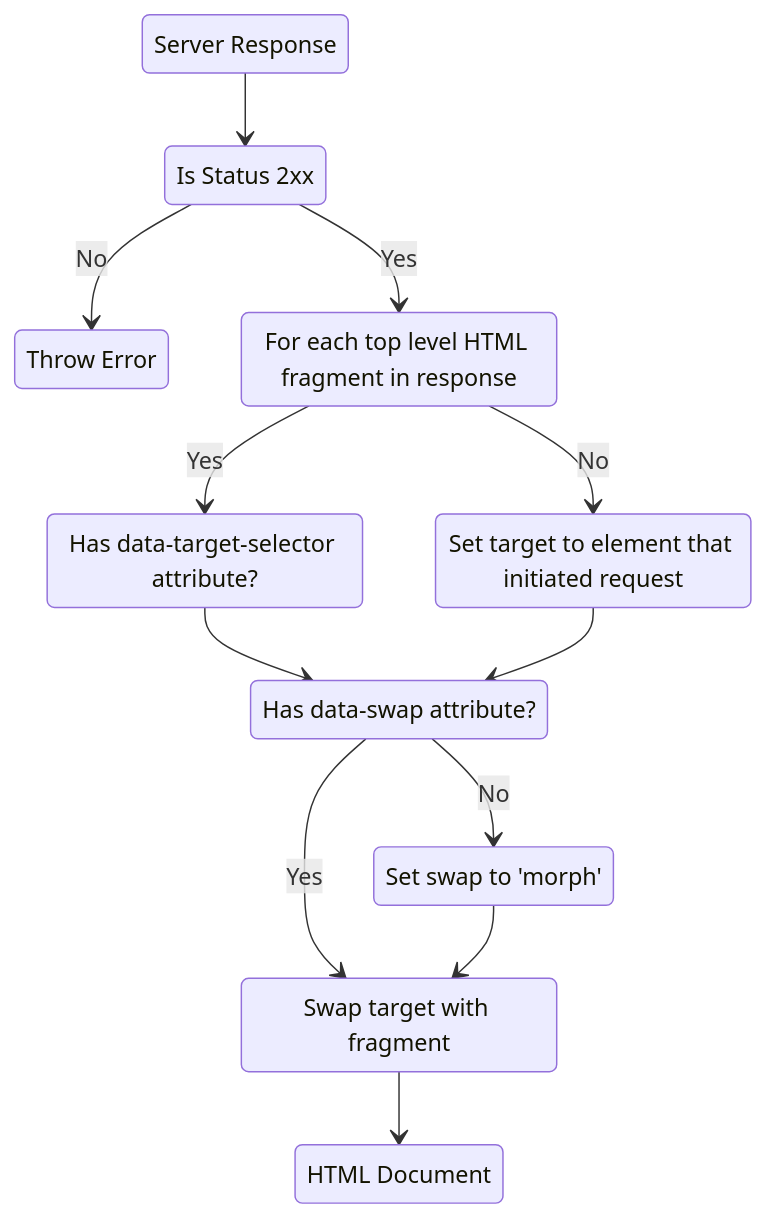
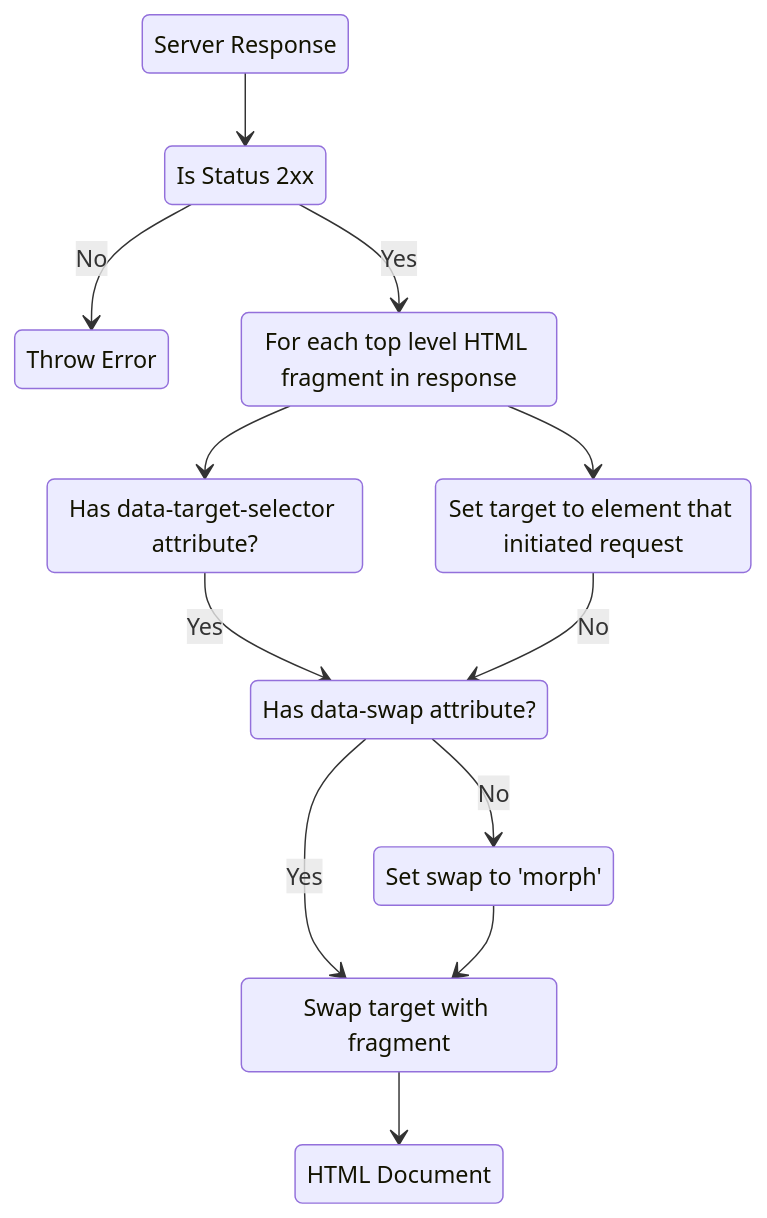
The second of 2 diagrams in webui/static/docs/included-plugins-html-partials-fragments.md (delaneyj/datastar), drawn with Mermaid before and after one commit. The commit also changed other lines of this file and 4 other files, not shown here.

````diff
--- a/webui/static/docs/included-plugins-html-partials-fragments.md
+++ b/webui/static/docs/included-plugins-html-partials-fragments.md
@@ -38,25 +57,25 @@
 ```mermaid
 stateDiagram-v2
     state "Server Response" as res
     state "HTML Document" as doc
     state "Throw Error" as err
     state "Is Status 2xx" as is2xx
     state "For each top level HTML fragment in response" as each
     state "Has data-target-selector attribute?" as hasTarget
     state "Set target to element that initiated request" as setTarget
     state "Has data-swap attribute?" as hasSwap
     state "Set swap to 'morph'" as setSwap
     state "Swap target with fragment" as swap
 
     res --> is2xx
     is2xx --> err : No
     is2xx --> each : Yes
-    each --> hasTarget : Yes
-    each --> setTarget : No
-    hasTarget --> hasSwap
-    setTarget --> hasSwap
+    each --> hasTarget
+    each --> setTarget
+    hasTarget --> hasSwap : Yes
+    setTarget --> hasSwap : No
     hasSwap --> setSwap : No
     hasSwap --> swap : Yes
     setSwap --> swap
     swap --> doc
 ```
````
